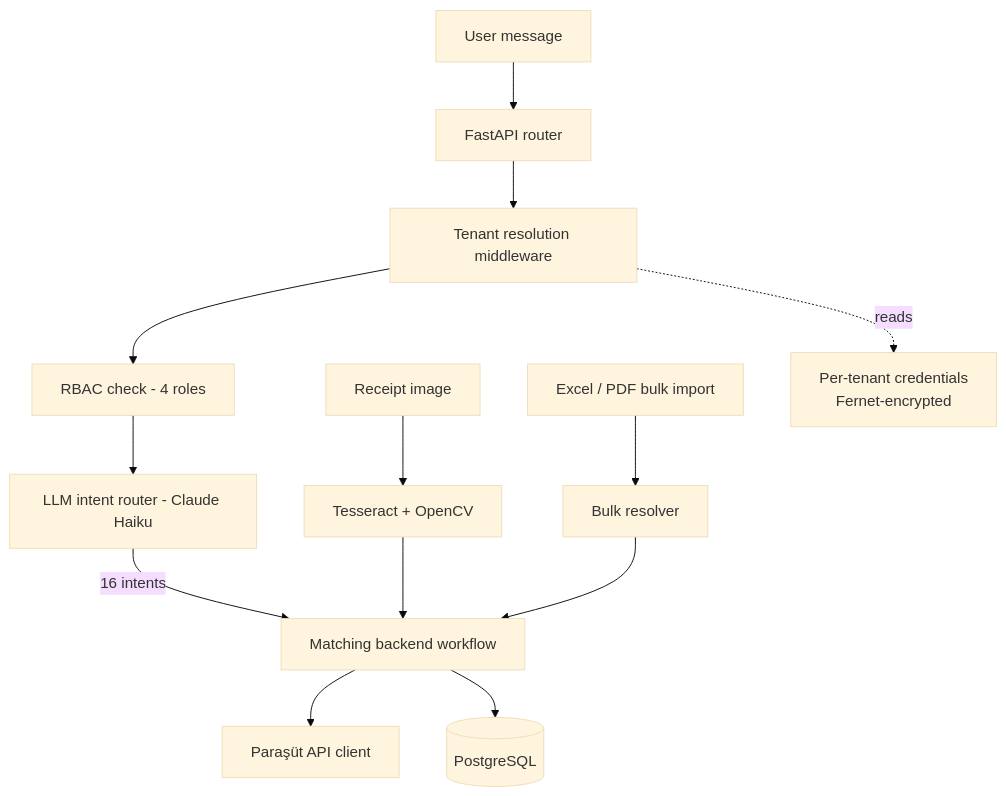
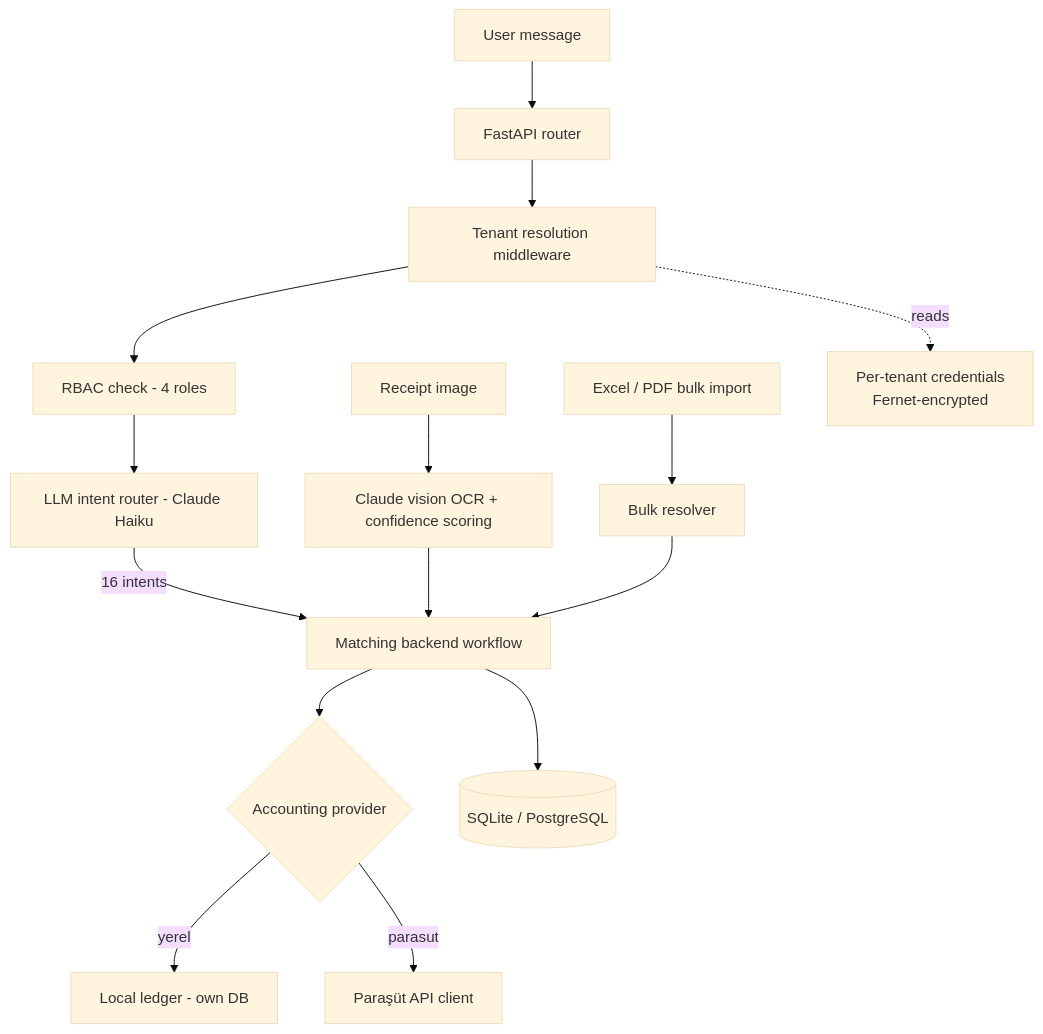
One commit to bilalerg/HamzAi changed the diagram in README.md. Above: the diagram before and after it, drawn with Mermaid (base theme). The commit also changed other lines of this file and 50 other files, not shown here.

First line of the commit message:
Muhasebe saglayici katmani: Parasut'suz yerel mod + lokal demo kurulumu

````diff
--- a/README.md
+++ b/README.md
@@ -32,13 +60,15 @@
 ```mermaid
 flowchart TD
     U[User message] --> R[FastAPI router]
     R --> TM[Tenant resolution middleware]
     TM --> RB[RBAC check - 4 roles]
     RB --> IR[LLM intent router - Claude Haiku]
     IR -->|16 intents| WF[Matching backend workflow]
-    WF --> PA[Paraşüt API client]
-    WF --> DB[(PostgreSQL)]
-    OCR[Receipt image] --> OP[Tesseract + OpenCV] --> WF
+    WF --> MP{Accounting provider}
+    MP -->|yerel| LP[Local ledger - own DB]
+    MP -->|parasut| PA[Paraşüt API client]
+    WF --> DB[(SQLite / PostgreSQL)]
+    OCR[Receipt image] --> OP[Claude vision OCR + confidence scoring] --> WF
     XL[Excel / PDF bulk import] --> BL[Bulk resolver] --> WF
     TM -.reads.-> TC[Per-tenant credentials<br/>Fernet-encrypted]
 ```
````
